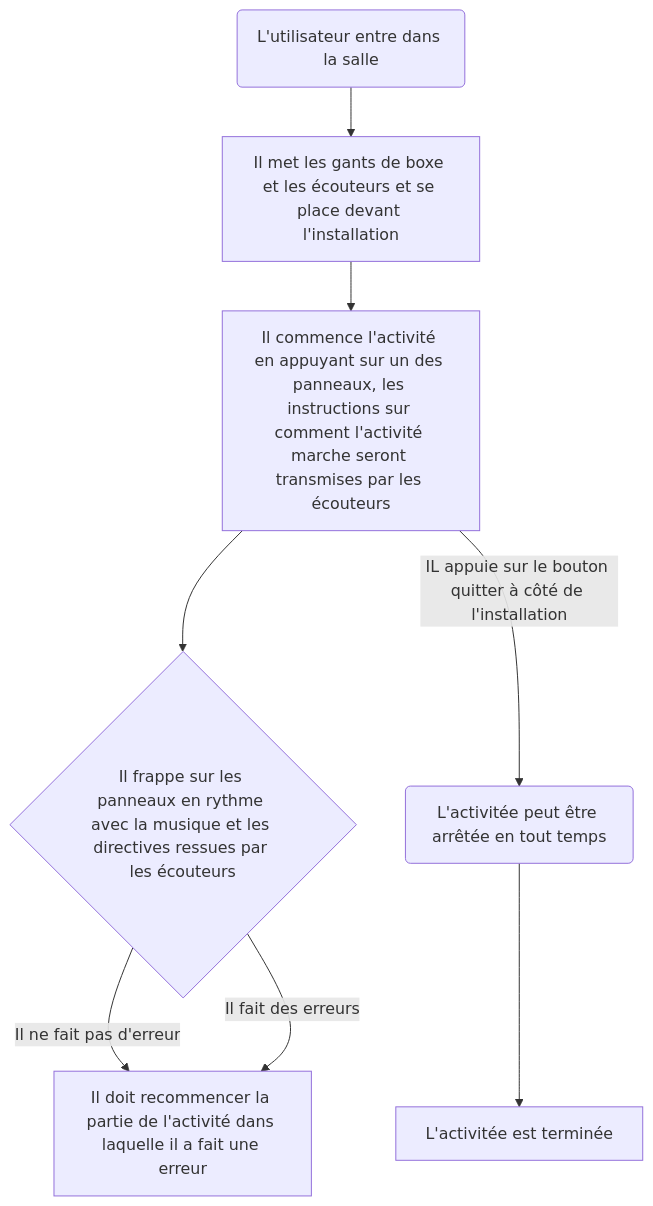
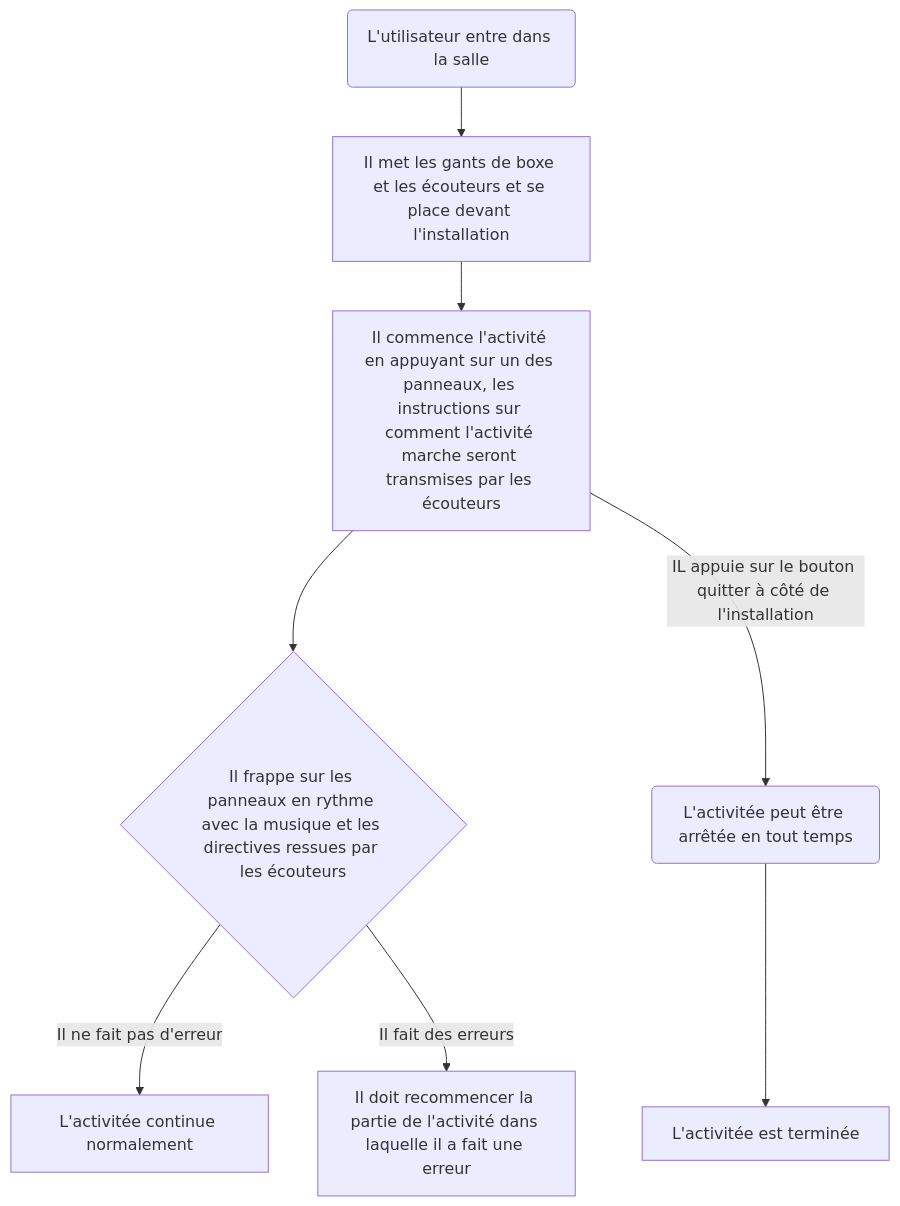
Before and after one commit to samesthumain/sac-de-sable: the diagram in README.md, drawn with Mermaid.

````diff
--- a/README.md
+++ b/README.md
@@ -19,11 +19,11 @@
 ```mermaid
 flowchart TD
     A(L'utilisateur entre dans la salle) --> B[Il met les gants de boxe et les écouteurs et se place devant l'installation]
     B --> C[Il commence l'activité en appuyant sur un des panneaux, les instructions sur comment l'activité marche seront transmises par les écouteurs]
     C --> D{Il frappe sur les panneaux en rythme avec la musique et les directives ressues par les écouteurs}
     D -->|Il ne fait pas d'erreur| E[L'activitée continue normalement]
-D -->|Il fait des erreurs| E[Il doit recommencer la partie de l'activité dans laquelle il a fait une erreur]
-    C -->|IL appuie sur le bouton quitter à côté de l'installation| F(L'activitée peut être arrêtée en tout temps)
-    F --> H[L'activitée est terminée]
+D -->|Il fait des erreurs| F[Il doit recommencer la partie de l'activité dans laquelle il a fait une erreur]
+    C -->|IL appuie sur le bouton quitter à côté de l'installation| G(L'activitée peut être arrêtée en tout temps)
+    G --> H[L'activitée est terminée]
 
 ```
````
